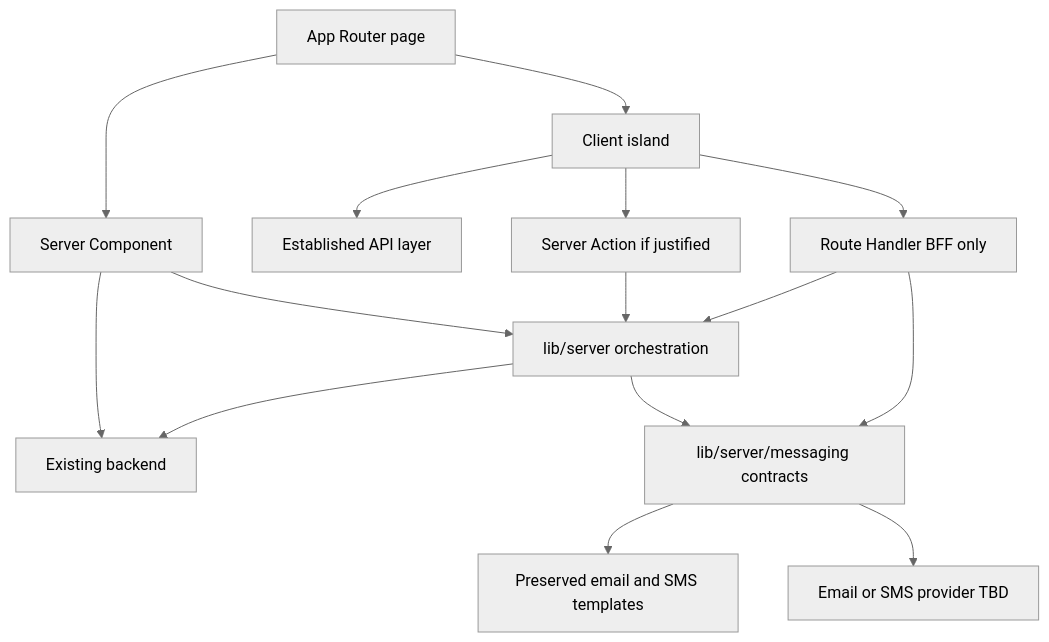
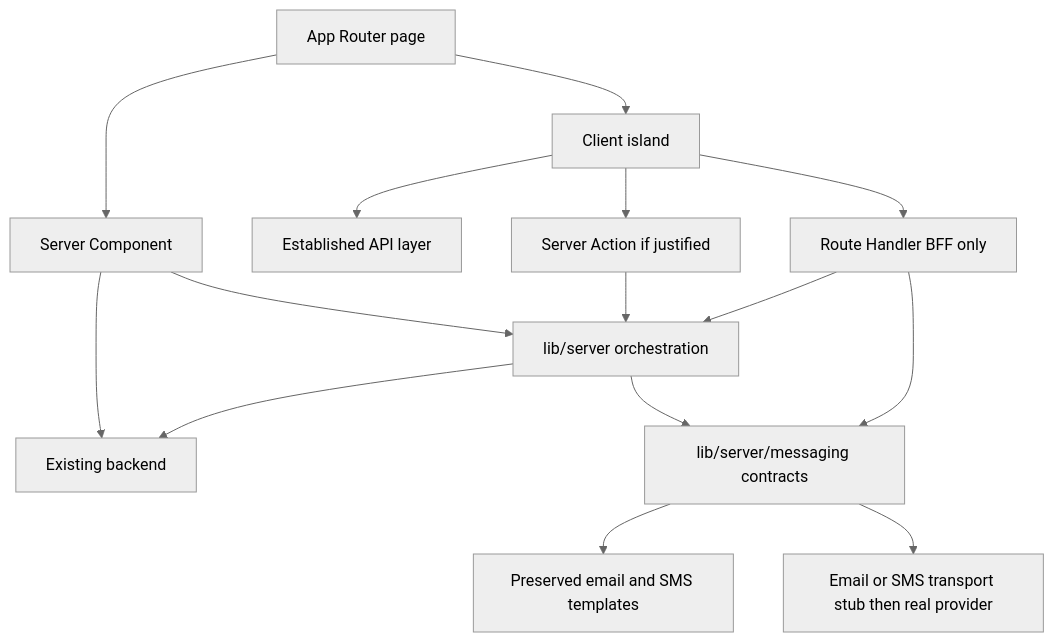
The diagram in docs/frontend/14-frontend-architecture.md (Ali-sherif/loyollo-web), drawn with Mermaid (neutral theme) before and after one commit. The commit also changed other lines of this file and 18 other files, not shown here.

Commit message:
docs: update architecture and frontend documentation to reflect accepted risks for email/SMS providers and finalize decisions on routing, rendering strategies, and package management for Next.js migration

````diff
--- a/docs/frontend/14-frontend-architecture.md
+++ b/docs/frontend/14-frontend-architecture.md
@@ -15,17 +15,17 @@
 ```mermaid
 flowchart TD
   Page[App Router page] --> RSC[Server Component]
   Page --> Client[Client island]
   RSC --> Backend[Existing backend]
   RSC --> Service[lib/server orchestration]
   Client --> API[Established API layer]
   Client --> Action[Server Action if justified]
   Client --> Handler[Route Handler BFF only]
   Action --> Service
   Handler --> Service
   Service --> Backend
   Service --> Messaging[lib/server/messaging contracts]
   Handler --> Messaging
   Messaging --> Templates[Preserved email and SMS templates]
-  Messaging --> Provider[Email or SMS provider TBD]
+  Messaging --> Provider[Email or SMS transport stub then real provider]
 ```
````
